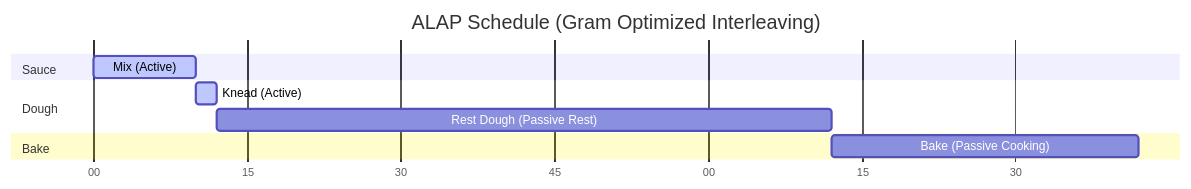
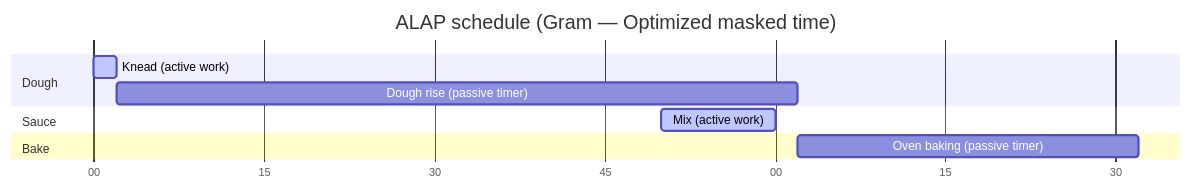
Before and after one commit to gram-lang/gram: the second of 5 diagrams in packages/docs/src/content/docs/docs/explanation/alap-scheduling.mdx, drawn with Mermaid. The commit also changed other lines of this file and 126 other files, not shown here.

````diff
--- a/packages/docs/src/content/docs/docs/explanation/alap-scheduling.mdx
+++ b/packages/docs/src/content/docs/docs/explanation/alap-scheduling.mdx
@@ -54,16 +55,16 @@
 ```mermaid
 gantt
-    title ALAP Schedule (Gram Optimized Interleaving)
+    title ALAP schedule (Gram — Optimized masked time)
     dateFormat  m
     axisFormat %M
     
+    section Dough
+    Knead (active work)                 : active, b1, 0, 2m
+    Dough rise (passive timer)          : b2, after b1, 60m
+    
     section Sauce
-    Mix (Active)                   : active, b1, 0, 10m
-    
-    section Dough
-    Knead (Active)                 : active, b2, after b1, 2m
-    Rest Dough (Passive Rest)      : b3, after b2, 60m
+    Mix (active work)                   : active, b3, 50, 10m
     
     section Bake
-    Bake (Passive Cooking)         : b4, after b3, 30m
+    Oven baking (passive timer)         : b4, after b2, 30m
 ```
````
